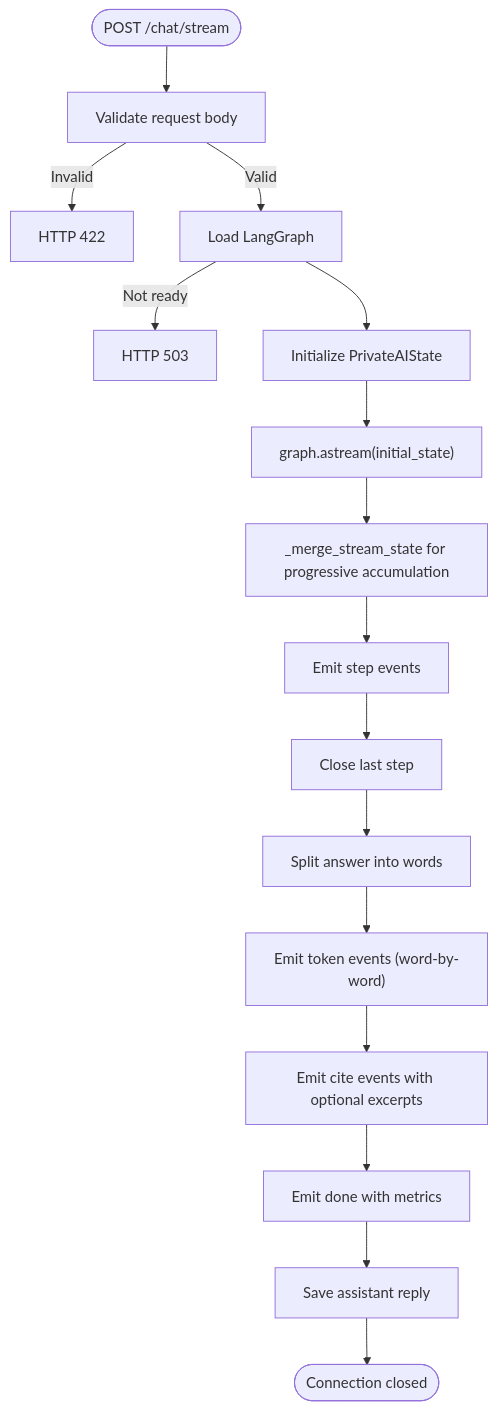
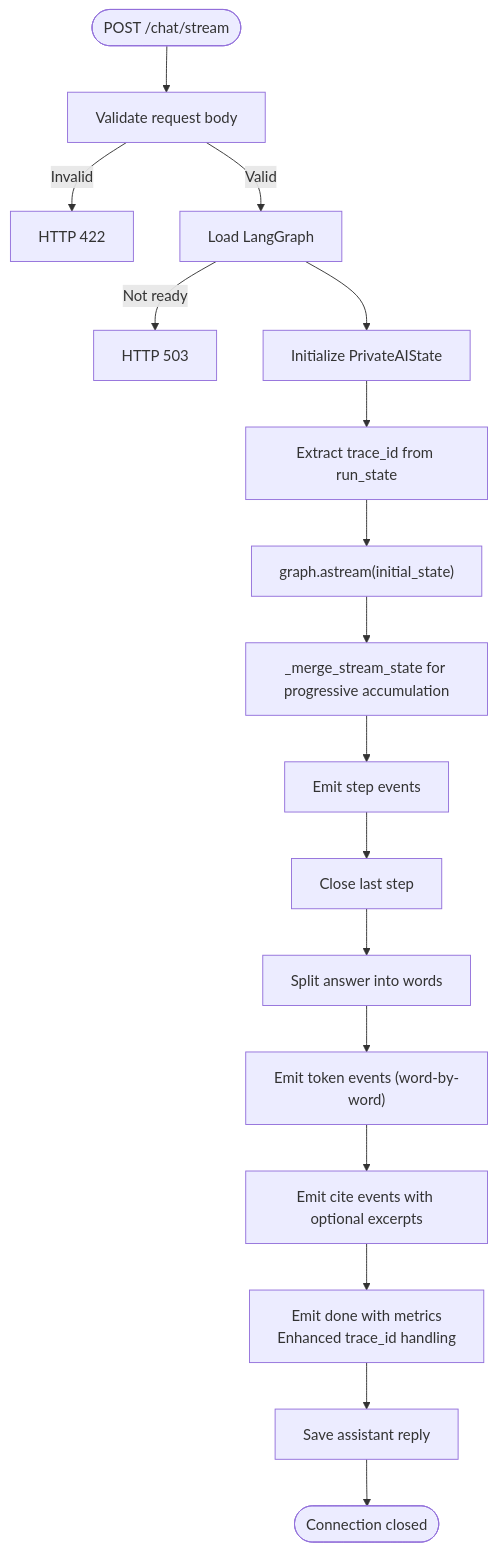
Before and after one commit to genes8/private-ai: the third of 8 diagrams in .qoder/repowiki/en/content/API Reference/Chat API/Streaming Chat Endpoint.md, drawn with Mermaid. The commit also changed other lines of this file and 19 other files, not shown here.

````diff
--- a/.qoder/repowiki/en/content/API Reference/Chat API/Streaming Chat Endpoint.md
+++ b/.qoder/repowiki/en/content/API Reference/Chat API/Streaming Chat Endpoint.md
@@ -133,18 +134,19 @@
 ```mermaid
 flowchart TD
 Start(["POST /chat/stream"]) --> Validate["Validate request body"]
 Validate --> |Invalid| ErrResp["HTTP 422"]
 Validate --> |Valid| LoadGraph["Load LangGraph"]
 LoadGraph --> |Not ready| Err503["HTTP 503"]
 LoadGraph --> InitState["Initialize PrivateAIState"]
-InitState --> StreamNodes["graph.astream(initial_state)"]
+InitState --> GetTraceId["Extract trace_id from run_state"]
+GetTraceId --> StreamNodes["graph.astream(initial_state)"]
 StreamNodes --> MergeState["_merge_stream_state for progressive accumulation"]
 MergeState --> StepEvt["Emit step events"]
 StepEvt --> FinalizeSteps["Close last step"]
 FinalizeSteps --> Tokenize["Split answer into words"]
 Tokenize --> TokenEvt["Emit token events (word-by-word)"]
 TokenEvt --> Citations["Emit cite events with optional excerpts"]
-Citations --> DoneEvt["Emit done with metrics"]
+Citations --> DoneEvt["Emit done with metrics<br/>Enhanced trace_id handling"]
 DoneEvt --> Save["Save assistant reply"]
 Save --> End(["Connection closed"])
 ```
````
